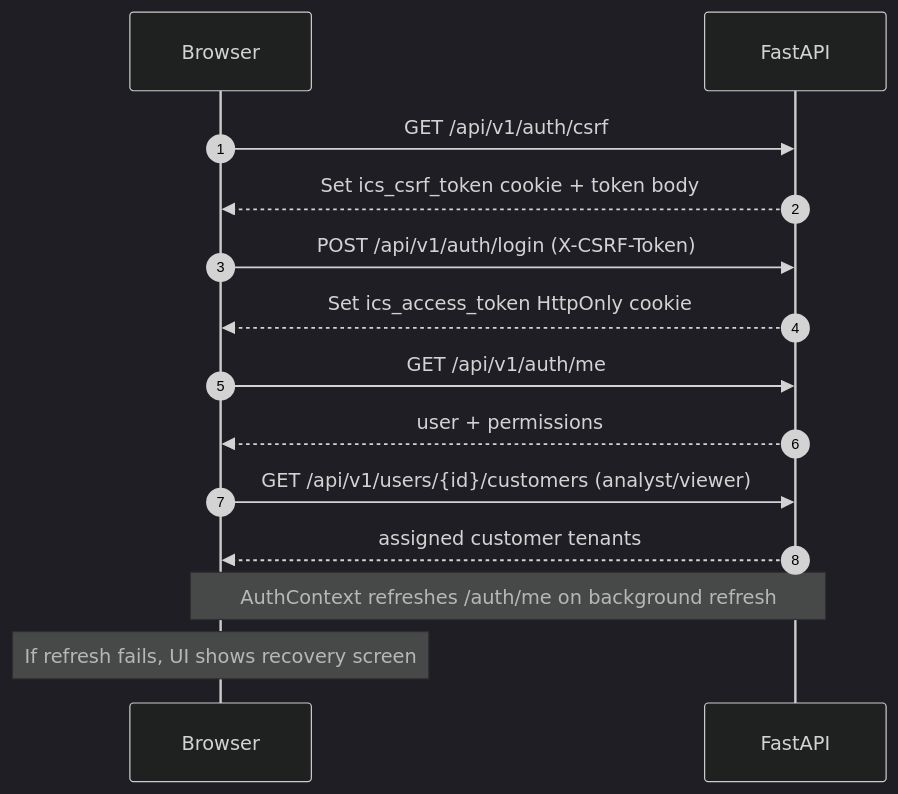
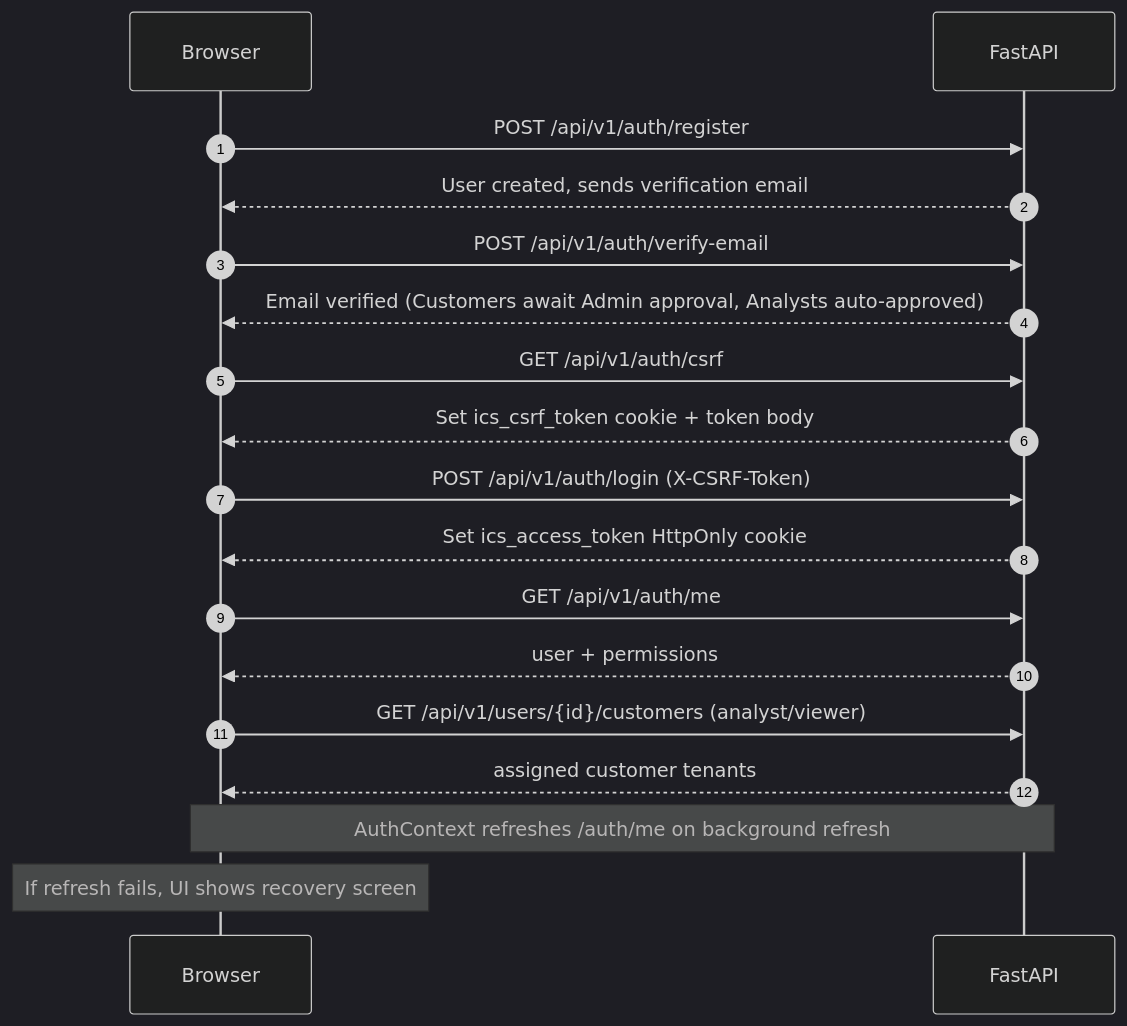
Before and after one commit to wessamsokar/OT-Security-Project: the second of 6 diagrams in README.md, drawn with Mermaid. The commit also changed 63 other files, not shown here.

````diff
--- a/README.md
+++ b/README.md
@@ -107,18 +107,23 @@
 ```mermaid
 %%{init: {'theme': 'dark'}}%%
 sequenceDiagram
   autonumber
   participant Browser
   participant API as FastAPI
 
+  Browser->>API: POST /api/v1/auth/register
+  API-->>Browser: User created, sends verification email
+  Browser->>API: POST /api/v1/auth/verify-email
+  API-->>Browser: Email verified (Customers await Admin approval, Analysts auto-approved)
+  
   Browser->>API: GET /api/v1/auth/csrf
   API-->>Browser: Set ics_csrf_token cookie + token body
   Browser->>API: POST /api/v1/auth/login (X-CSRF-Token)
   API-->>Browser: Set ics_access_token HttpOnly cookie
   Browser->>API: GET /api/v1/auth/me
   API-->>Browser: user + permissions
   Browser->>API: GET /api/v1/users/{id}/customers (analyst/viewer)
   API-->>Browser: assigned customer tenants
   Note over Browser,API: AuthContext refreshes /auth/me on background refresh
   Note over Browser: If refresh fails, UI shows recovery screen
 ```
````
